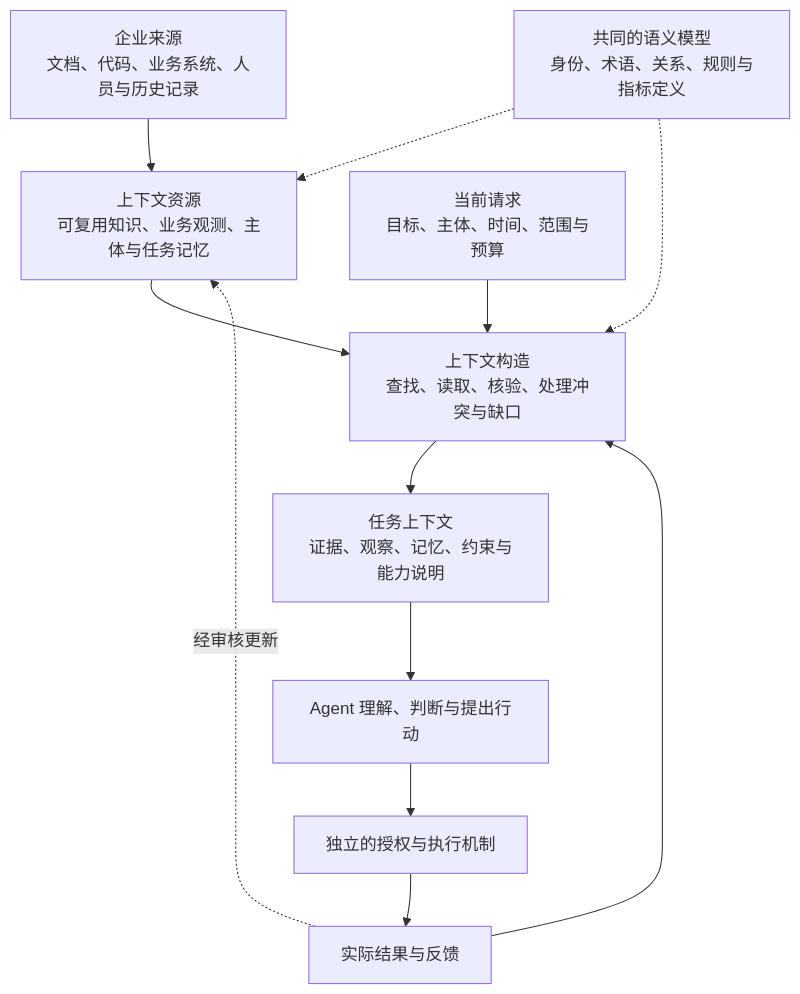
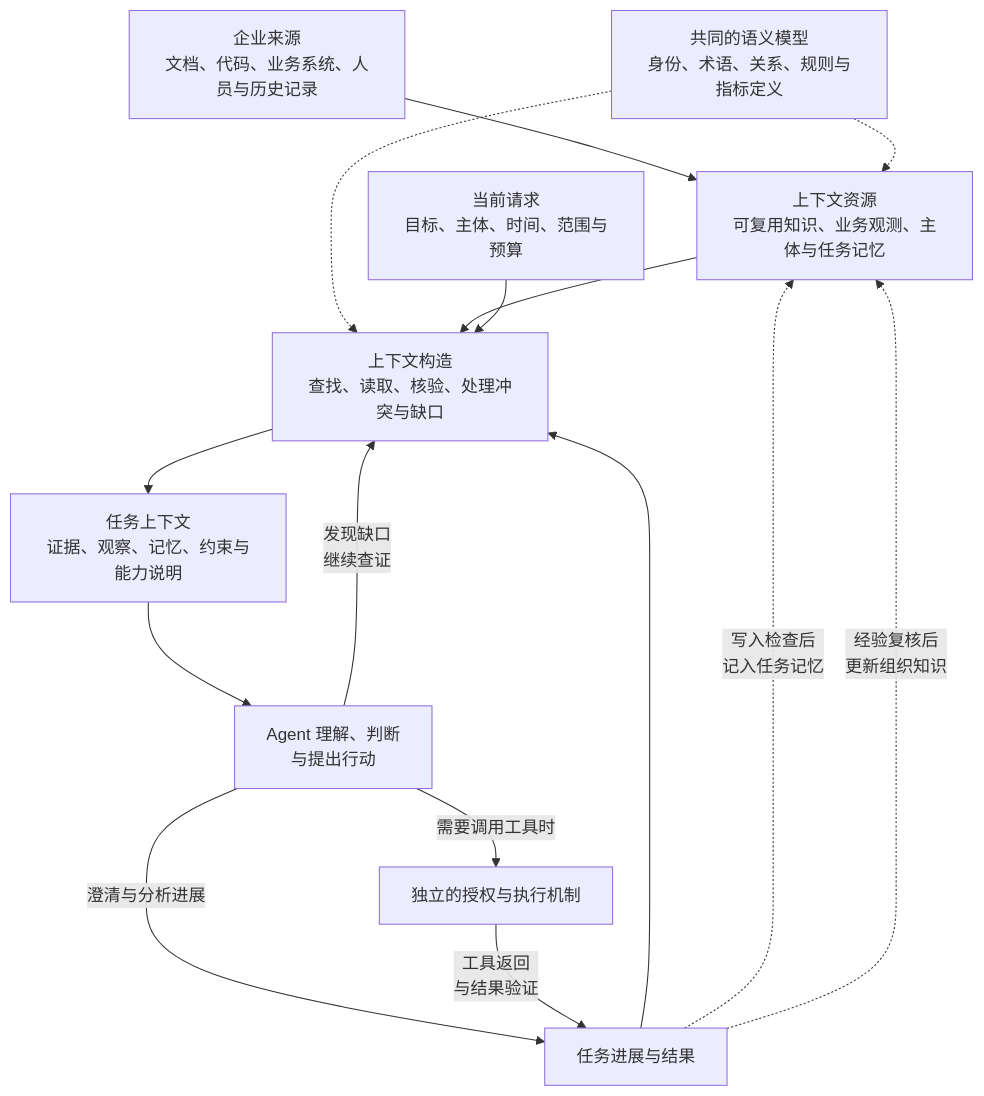
The diagram in book/part-1/chapter-01.md (LENSHOOD/enterprise-context-book), drawn with Mermaid before and after one commit. The commit also changed other lines of this file and 5 other files, not shown here.

````diff
--- a/book/part-1/chapter-01.md
+++ b/book/part-1/chapter-01.md
@@ -54,14 +54,17 @@
 ```mermaid
 flowchart TB
   S["企业来源<br/>文档、代码、业务系统、人员与历史记录"] --> R["上下文资源<br/>可复用知识、业务观测、主体与任务记忆"]
   M["共同的语义模型<br/>身份、术语、关系、规则与指标定义"] -.-> R
   M -.-> C["上下文构造<br/>查找、读取、核验、处理冲突与缺口"]
   R --> C
   Q["当前请求<br/>目标、主体、时间、范围与预算"] --> C
   C --> P["任务上下文<br/>证据、观察、记忆、约束与能力说明"]
-  P --> A["Agent 理解、判断与提出行动"]
-  A --> X["独立的授权与执行机制"]
-  X --> F["实际结果与反馈"]
+  P --> A["Agent 理解、判断<br/>与提出行动"]
+  A -->|"发现缺口<br/>继续查证"| C
+  A -- 需要调用工具时 --> X["独立的授权与执行机制"]
+  A -- 澄清与分析进展 --> F["任务进展与结果"]
+  X -->|"工具返回<br/>与结果验证"| F
   F --> C
-  F -.经审核更新.-> R
+  F -.->|"写入检查后<br/>记入任务记忆"| R
+  F -.->|"经验复核后<br/>更新组织知识"| R
 ```
````
